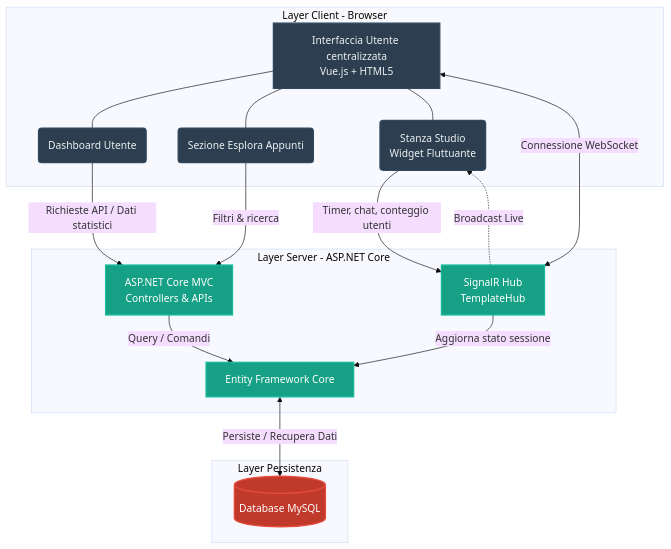
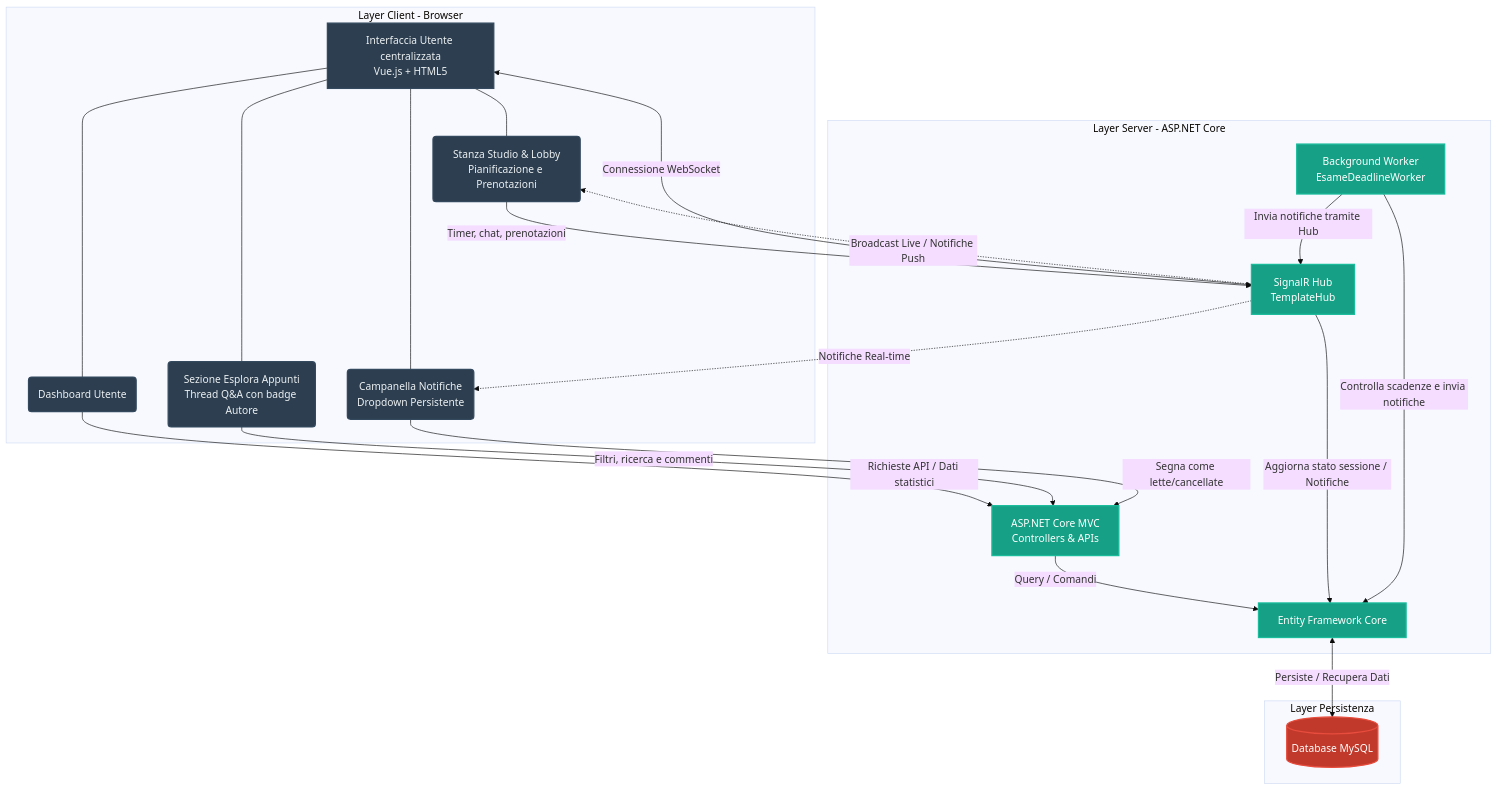
The diagram in README.md (matteoaloe2004/SyncStudio_Laboratorio_Uomo_Macchina_2025-26), drawn with Mermaid (base theme) before and after one commit. The commit also changed other lines of this file, not shown here.

````diff
--- a/README.md
+++ b/README.md
@@ -37,47 +39,54 @@
 ```mermaid
 graph TD
     subgraph Browser [Layer Client - Browser]
         UI[Interfaccia Utente centralizzata<br/>Vue.js + HTML5]
         
         Dash(Dashboard Utente)
-        Esp(Sezione Esplora Appunti)
-        Stanza(Stanza Studio<br/>Widget Fluttuante)
+        Esp(Sezione Esplora Appunti<br/>Thread Q&A con badge Autore)
+        Stanza(Stanza Studio & Lobby<br/>Pianificazione e Prenotazioni)
+        Notif(Campanella Notifiche<br/>Dropdown Persistente)
         
         UI --- Dash
         UI --- Esp
         UI --- Stanza
+        UI --- Notif
     end
 
     subgraph Server [Layer Server - ASP.NET Core]
         MVC[ASP.NET Core MVC<br/>Controllers & APIs]
         Hub[SignalR Hub<br/>TemplateHub]
         EF[Entity Framework Core]
+        Worker[Background Worker<br/>EsameDeadlineWorker]
     end
 
     subgraph Database [Layer Persistenza]
         DB[(Database MySQL)]
     end
 
     %% Relazioni Client -> Server
     Dash -->|Richieste API / Dati statistici| MVC
-    Esp -->|Filtri & ricerca| MVC
-    Stanza -->|Timer, chat, conteggio utenti| Hub
+    Esp -->|Filtri, ricerca e commenti| MVC
+    Stanza -->|Timer, chat, prenotazioni| Hub
+    Notif -->|Segna come lette/cancellate| MVC
     
     %% Relazioni Bidirezionali e Broadcast
     UI <-->|Connessione WebSocket| Hub
-    Hub -.->|Broadcast Live| Stanza
+    Hub -.->|Broadcast Live / Notifiche Push| Stanza
+    Hub -.->|Notifiche Real-time| Notif
 
     %% Relazioni Server -> Database
     MVC -->|Query / Comandi| EF
-    Hub -->|Aggiorna stato sessione| EF
+    Hub -->|Aggiorna stato sessione / Notifiche| EF
+    Worker -->|Controlla scadenze e invia notifiche| EF
+    Worker -->|Invia notifiche tramite Hub| Hub
     EF <-->|Persiste / Recupera Dati| DB
 
     %% Stili personalizzati per migliorare la resa visiva
     classDef browserLayer fill:#2c3e50,stroke:#34495e,stroke-width:2px,color:#ecf0f1;
     classDef serverLayer fill:#16a085,stroke:#1abc9c,stroke-width:2px,color:#fff;
     classDef dbLayer fill:#c0392b,stroke:#e74c3c,stroke-width:2px,color:#fff;
     
-    class UI,Dash,Esp,Stanza browserLayer;
-    class MVC,Hub,EF serverLayer;
+    class UI,Dash,Esp,Stanza,Notif browserLayer;
+    class MVC,Hub,EF,Worker serverLayer;
     class DB dbLayer;
 ```
````
